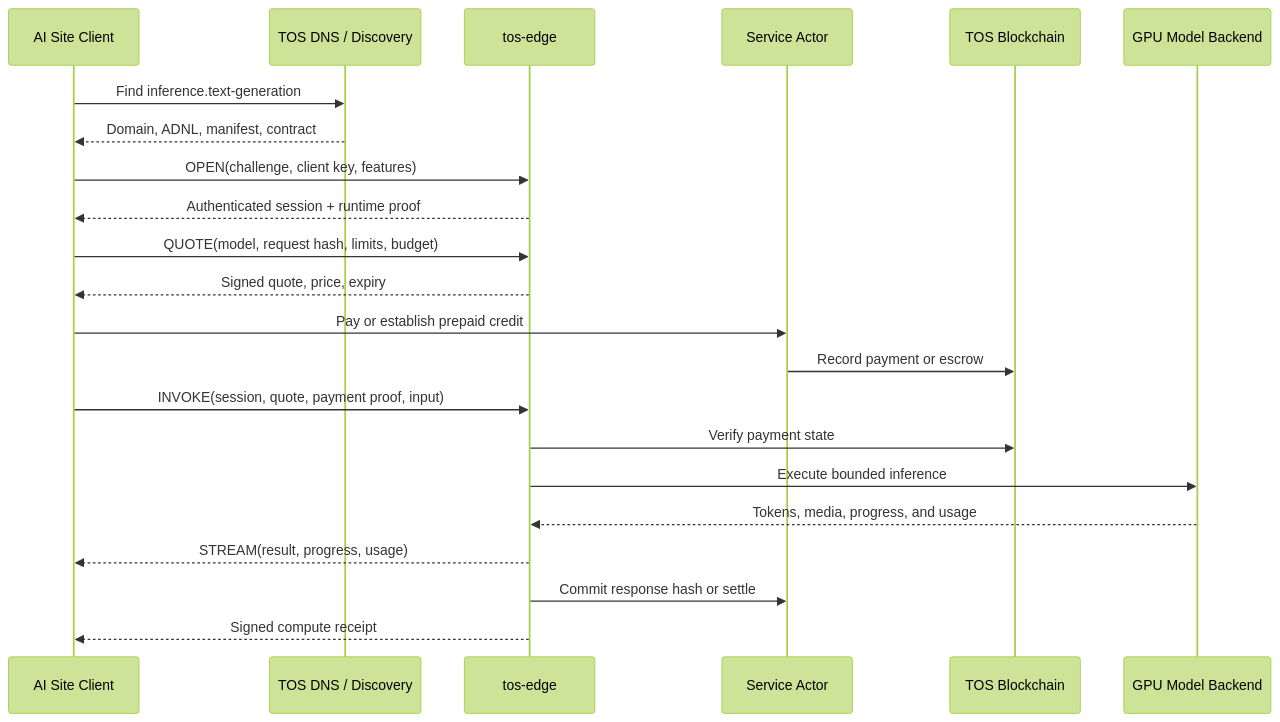
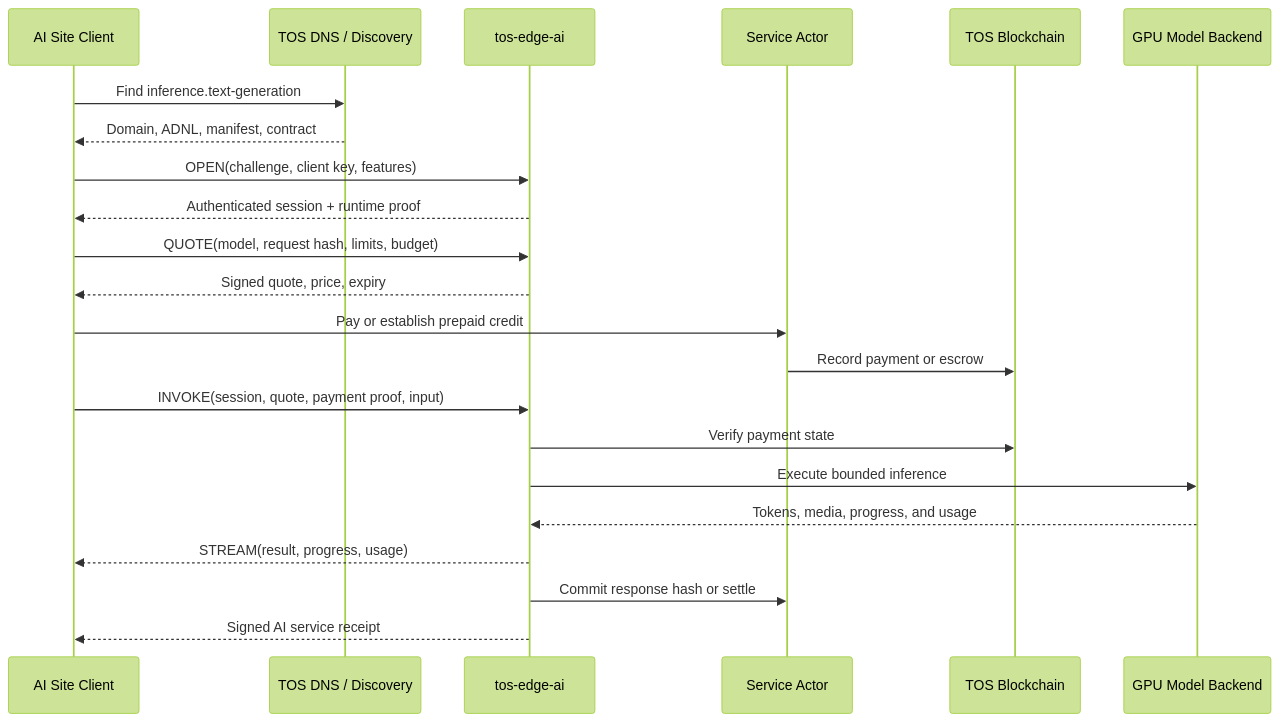
The second of 2 diagrams in doc/local-gpu-sharing-use-case.md (tosnetwork/tos), drawn with Mermaid (forest theme) before and after one commit. The commit also changed other lines of this file and 15 other files, not shown here.

Commit message:
Reposition TOS around AI edge service terminals

````diff
--- a/doc/local-gpu-sharing-use-case.md
+++ b/doc/local-gpu-sharing-use-case.md
@@ -418,25 +447,25 @@
 ```mermaid
 sequenceDiagram
     participant C as AI Site Client
     participant D as TOS DNS / Discovery
-    participant E as tos-edge
+    participant E as tos-edge-ai
     participant S as Service Actor
     participant B as TOS Blockchain
     participant G as GPU Model Backend
 
     C->>D: Find inference.text-generation
     D-->>C: Domain, ADNL, manifest, contract
     C->>E: OPEN(challenge, client key, features)
     E-->>C: Authenticated session + runtime proof
     C->>E: QUOTE(model, request hash, limits, budget)
     E-->>C: Signed quote, price, expiry
     C->>S: Pay or establish prepaid credit
     S->>B: Record payment or escrow
     C->>E: INVOKE(session, quote, payment proof, input)
     E->>B: Verify payment state
     E->>G: Execute bounded inference
     G-->>E: Tokens, media, progress, and usage
     E-->>C: STREAM(result, progress, usage)
     E->>S: Commit response hash or settle
-    E-->>C: Signed compute receipt
+    E-->>C: Signed AI service receipt
 ```
````
